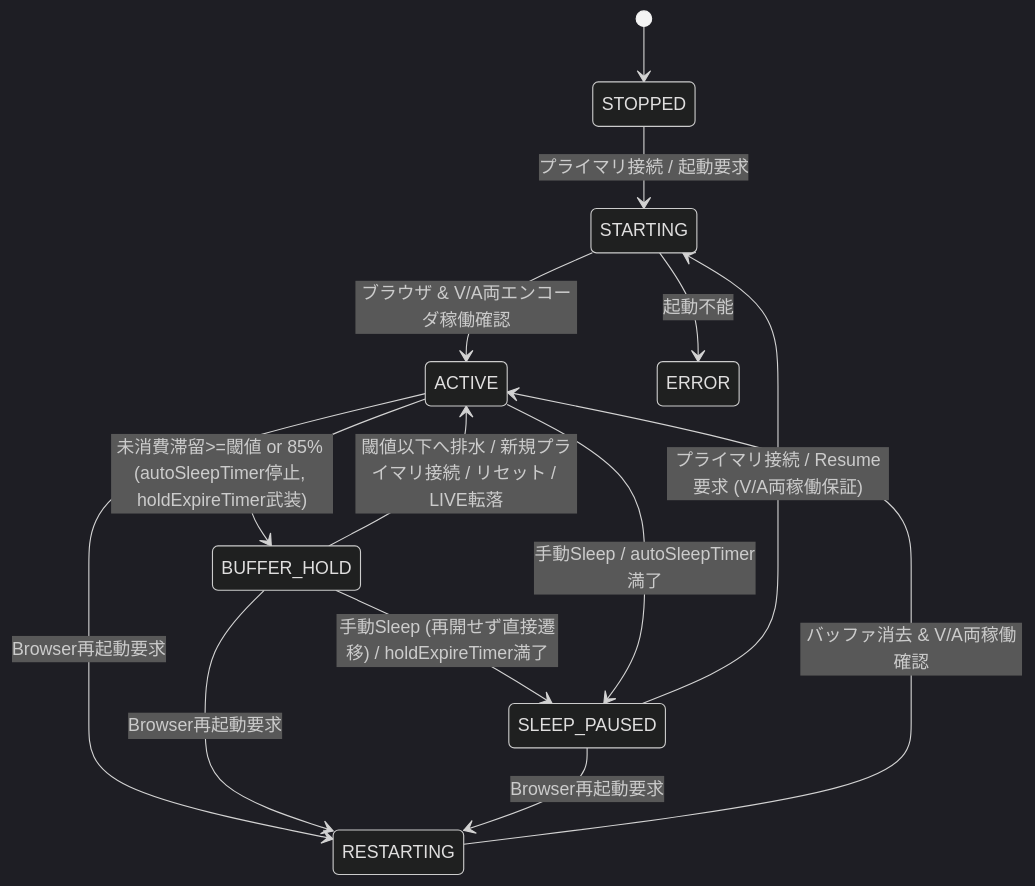
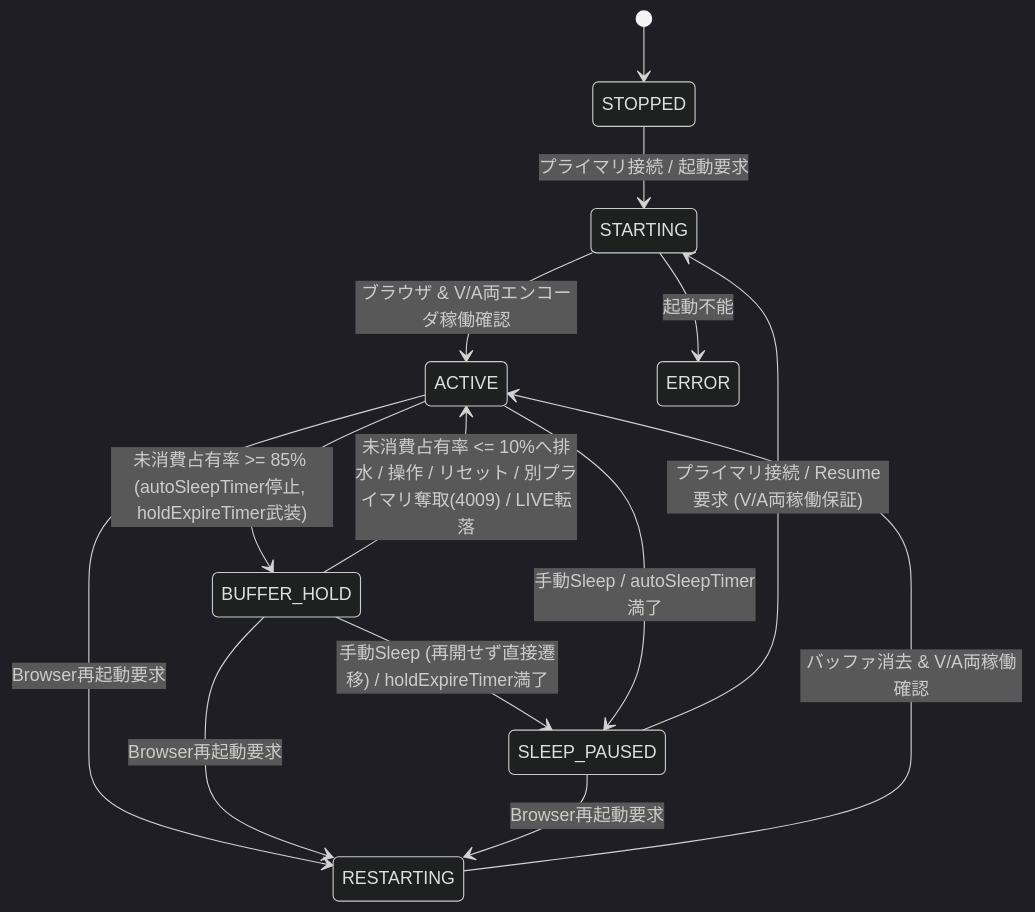
One commit to RanasGenoa/Tesroid changed the second of 4 diagrams in docs/architecture.md. Above: the diagram before and after it, drawn with Mermaid (dark theme). The commit also changed other lines of this file and 23 other files, not shown here.

Commit message:
feat(streaming): implement Phase 5B streaming engine, DI wiring, and simplified BUFFER_HOLD

````diff
--- a/docs/architecture.md
+++ b/docs/architecture.md
@@ -202,19 +202,19 @@
 ```mermaid
 stateDiagram-v2
   [*] --> STOPPED
   STOPPED --> STARTING: プライマリ接続 / 起動要求
   STARTING --> ACTIVE: ブラウザ & V/A両エンコーダ稼働確認
   STARTING --> ERROR: 起動不能
 
-  ACTIVE --> BUFFER_HOLD: 未消費滞留>=閾値 or 85% (autoSleepTimer停止, holdExpireTimer武装)
-  BUFFER_HOLD --> ACTIVE: 閾値以下へ排水 / 新規プライマリ接続 / リセット / LIVE転落
+  ACTIVE --> BUFFER_HOLD: 未消費占有率 >= 85% (autoSleepTimer停止, holdExpireTimer武装)
+  BUFFER_HOLD --> ACTIVE: 未消費占有率 <= 10%へ排水 / 操作 / リセット / 別プライマリ奪取(4009) / LIVE転落
   BUFFER_HOLD --> SLEEP_PAUSED: 手動Sleep (再開せず直接遷移) / holdExpireTimer満了
 
   ACTIVE --> SLEEP_PAUSED: 手動Sleep / autoSleepTimer満了
   SLEEP_PAUSED --> STARTING: プライマリ接続 / Resume要求 (V/A両稼働保証)
 
   ACTIVE --> RESTARTING: Browser再起動要求
   BUFFER_HOLD --> RESTARTING: Browser再起動要求
   SLEEP_PAUSED --> RESTARTING: Browser再起動要求
   RESTARTING --> ACTIVE: バッファ消去 & V/A両稼働確認
 ```
````
